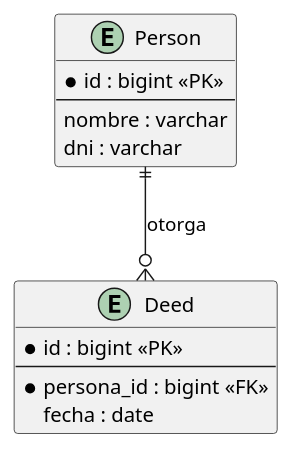
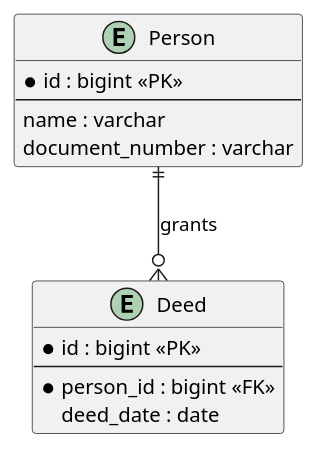
Before and after one commit to matiaspakua/notaire: the ninth of 18 diagrams in .claude/skills/plantuml/references/diagram-types.md, drawn with PlantUML. The commit also changed other lines of this file and 52 other files, not shown here.

````diff
--- a/.claude/skills/plantuml/references/diagram-types.md
+++ b/.claude/skills/plantuml/references/diagram-types.md
@@ -283,17 +283,17 @@
 ```plantuml
 @startuml
 entity Person {
   * id : bigint <<PK>>
   --
-  nombre : varchar
-  dni : varchar
+  name : varchar
+  document_number : varchar
 }
 entity Deed {
   * id : bigint <<PK>>
   --
-  * persona_id : bigint <<FK>>
-  fecha : date
+  * person_id : bigint <<FK>>
+  deed_date : date
 }
-Person ||--o{ Deed : otorga
+Person ||--o{ Deed : grants
 @enduml
 ```
````
